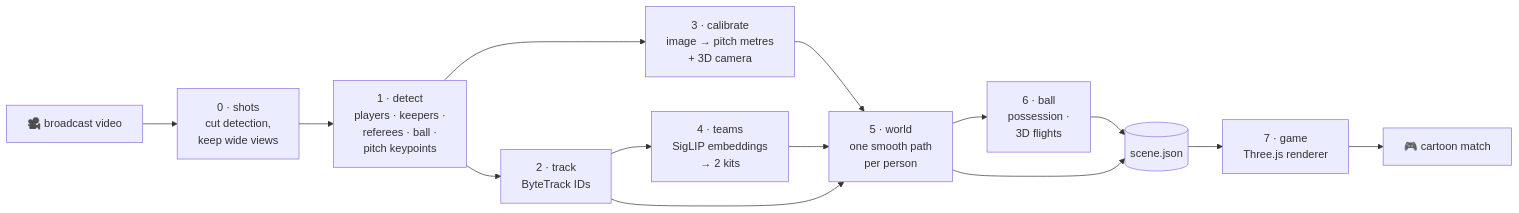
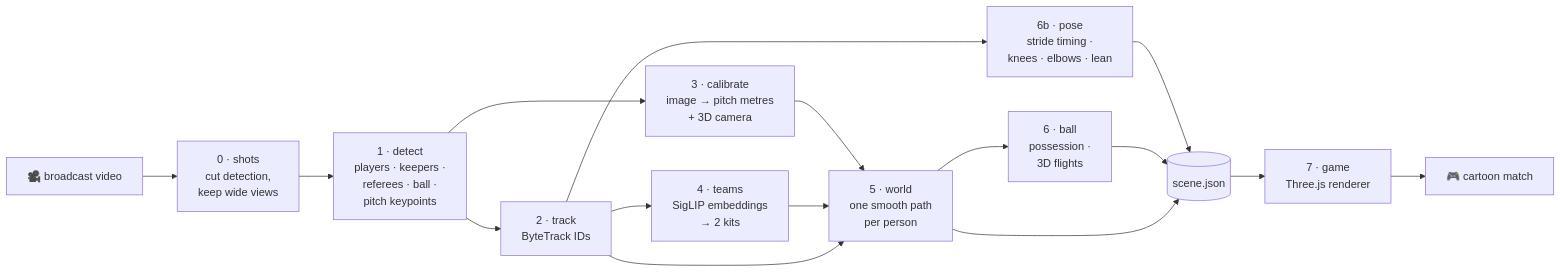
The diagram in README.md (Fer14/toonball), drawn with Mermaid before and after one commit. The commit also changed other lines of this file and 11 other files, not shown here.

````diff
--- a/README.md
+++ b/README.md
@@ -28,16 +28,18 @@
 ```mermaid
 flowchart LR
     V[🎥 broadcast video] --> S[0 · shots<br/>cut detection,<br/>keep wide views]
     S --> D[1 · detect<br/>players · keepers ·<br/>referees · ball ·<br/>pitch keypoints]
     D --> T[2 · track<br/>ByteTrack IDs]
     D --> C[3 · calibrate<br/>image → pitch metres<br/>+ 3D camera]
     T --> K[4 · teams<br/>SigLIP embeddings<br/>→ 2 kits]
     C --> W[5 · world<br/>one smooth path<br/>per person]
     K --> W
     T --> W
     W --> B[6 · ball<br/>possession ·<br/>3D flights]
+    T --> PO[6b · pose<br/>stride timing ·<br/>knees · elbows · lean]
+    PO --> J
     B --> J[(scene.json)]
     W --> J
     J --> G[7 · game<br/>Three.js renderer]
     G --> M[🎮 cartoon match]
 ```
````
